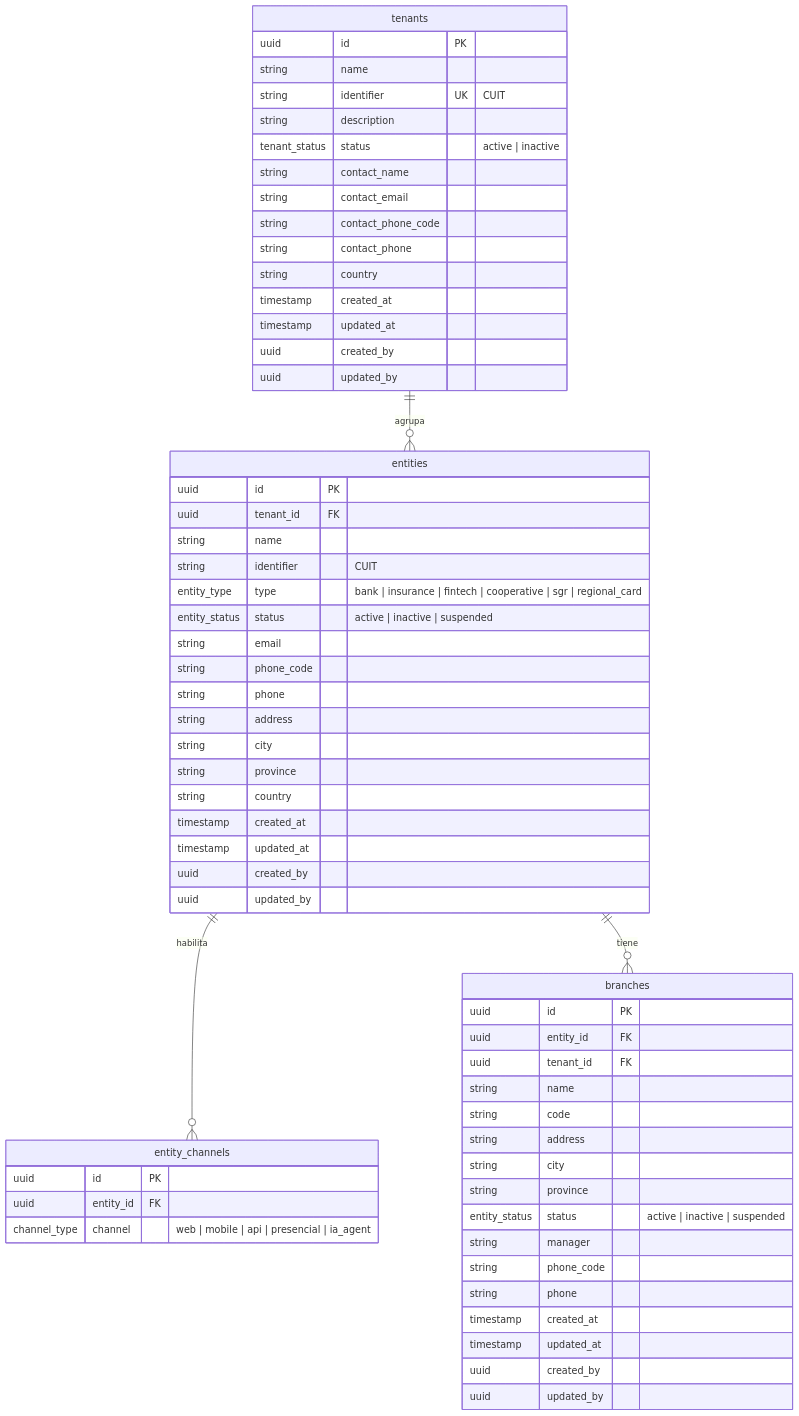
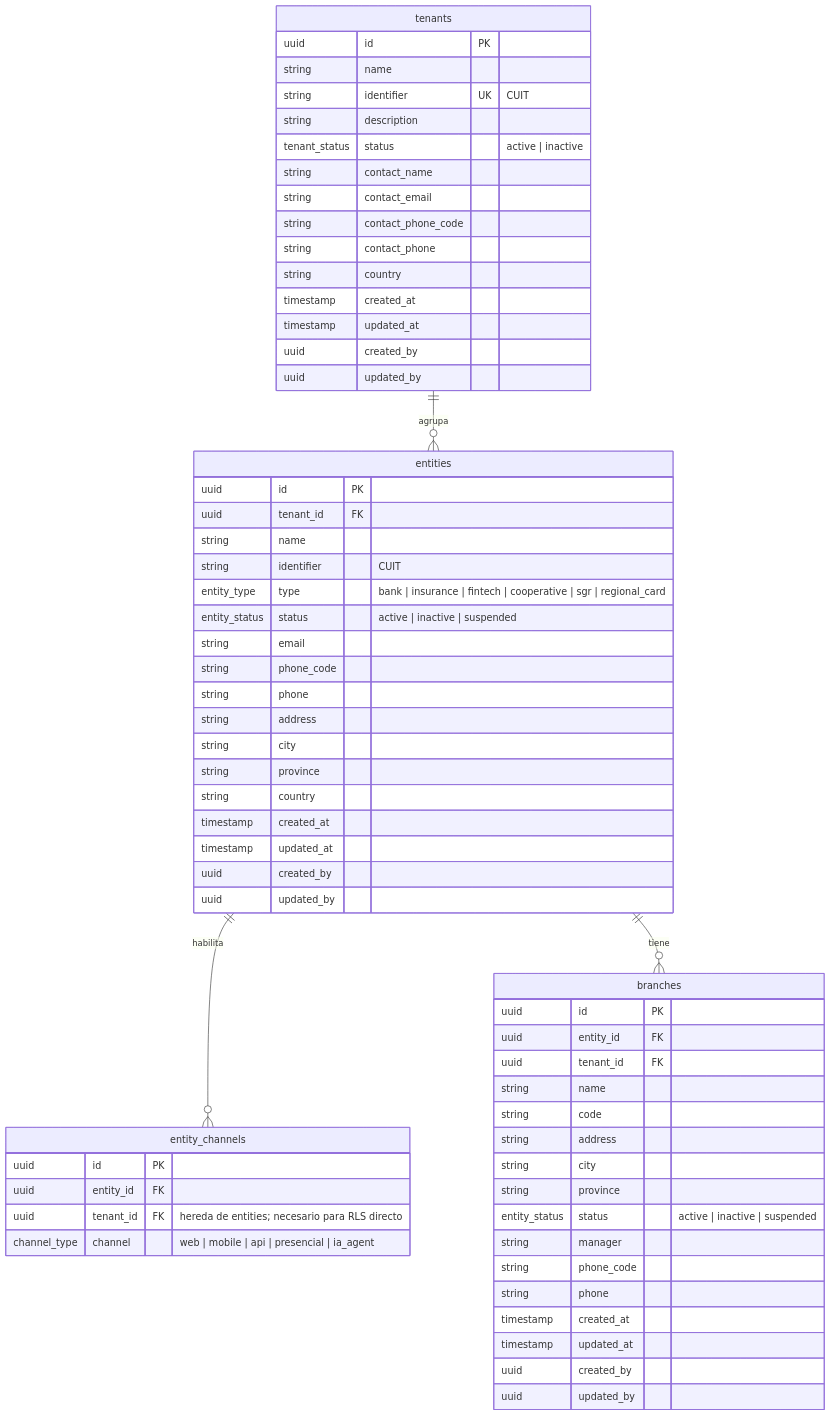
The second of 7 diagrams in wiki/05_modelo_datos.md (francobertoldi/Unazul), drawn with Mermaid before and after one commit. The commit also changed other lines of this file and 54 other files, not shown here.

````diff
--- a/wiki/05_modelo_datos.md
+++ b/wiki/05_modelo_datos.md
@@ -117,68 +118,69 @@
 ```mermaid
 erDiagram
     tenants {
         uuid id PK
         string name
         string identifier UK "CUIT"
         string description
         tenant_status status "active | inactive"
         string contact_name
         string contact_email
         string contact_phone_code
         string contact_phone
         string country
         timestamp created_at
         timestamp updated_at
         uuid created_by
         uuid updated_by
     }
 
     entities {
         uuid id PK
         uuid tenant_id FK
         string name
         string identifier "CUIT"
         entity_type type "bank | insurance | fintech | cooperative | sgr | regional_card"
         entity_status status "active | inactive | suspended"
         string email
         string phone_code
         string phone
         string address
         string city
         string province
         string country
         timestamp created_at
         timestamp updated_at
         uuid created_by
         uuid updated_by
     }
 
     entity_channels {
         uuid id PK
         uuid entity_id FK
+        uuid tenant_id FK "hereda de entities; necesario para RLS directo"
         channel_type channel "web | mobile | api | presencial | ia_agent"
     }
 
     branches {
         uuid id PK
         uuid entity_id FK
         uuid tenant_id FK
         string name
         string code
         string address
         string city
         string province
         entity_status status "active | inactive | suspended"
         string manager
         string phone_code
         string phone
         timestamp created_at
         timestamp updated_at
         uuid created_by
         uuid updated_by
     }
 
     tenants ||--o{ entities : "agrupa"
     entities ||--o{ entity_channels : "habilita"
     entities ||--o{ branches : "tiene"
 ```
````
